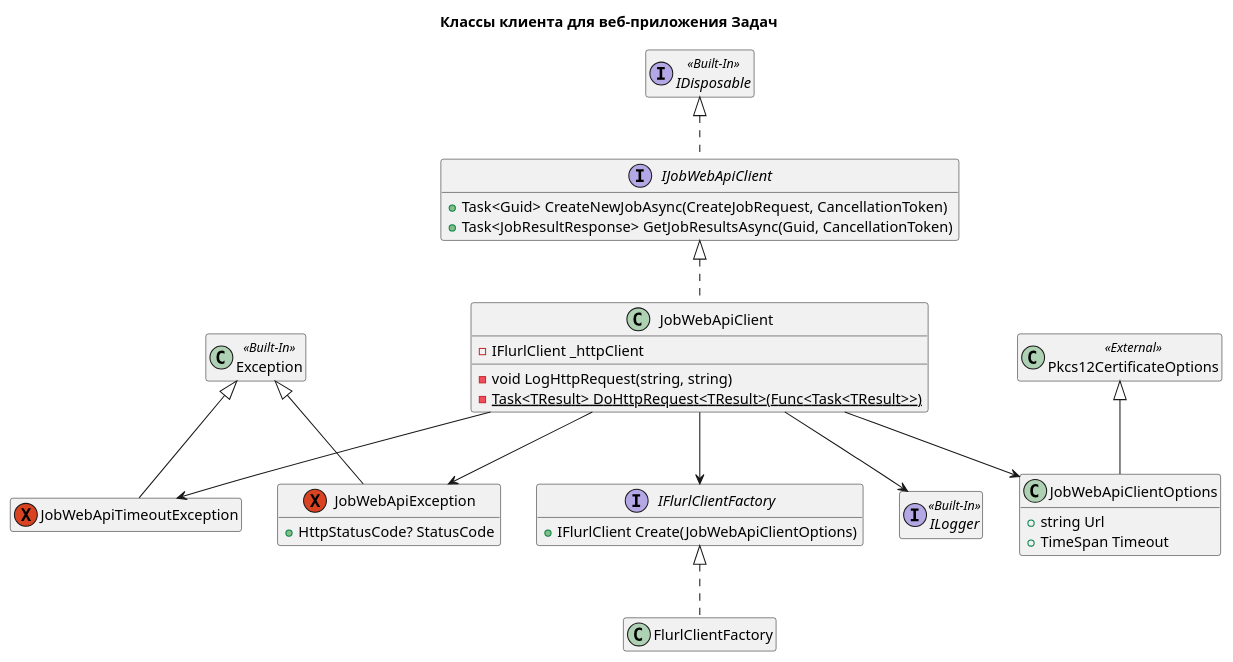
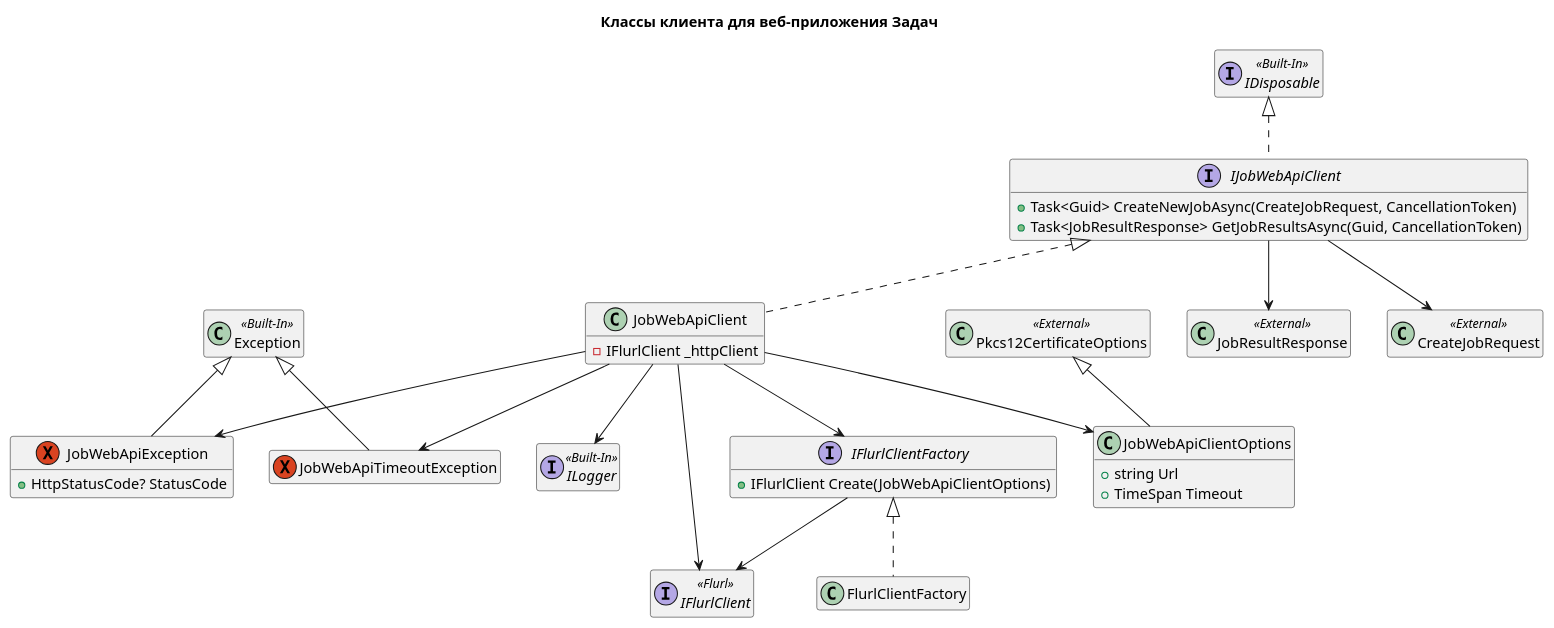
The diagram in docs/diagrams/classes/Job.WebApi.Client.puml (mrypdm/JobSystem), drawn with PlantUML before and after one commit. The commit also changed 7 other files, not shown here.

```diff
--- a/docs/diagrams/classes/Job.WebApi.Client.puml
+++ b/docs/diagrams/classes/Job.WebApi.Client.puml
@@ -1,55 +1,60 @@
 @startuml Job.WebApi.Client classes
 hide empty members
 
 title Классы клиента для веб-приложения Задач
 
 class Exception << Built-In >>
 interface IDisposable << Built-In >>
 interface ILogger << Built-In >>
+interface IFlurlClient << Flurl >>
 class Pkcs12CertificateOptions << External >>
+class JobResultResponse << External >>
+class CreateJobRequest << External >>
 
 class JobWebApiClientOptions
 {
     +string Url
     +TimeSpan Timeout
 }
 Pkcs12CertificateOptions <|-- JobWebApiClientOptions
 
 interface IFlurlClientFactory
 {
     +IFlurlClient Create(JobWebApiClientOptions)
 }
+IFlurlClientFactory --> IFlurlClient
 
 class FlurlClientFactory
 IFlurlClientFactory <|.. FlurlClientFactory
 
 exception JobWebApiException
 {
     {method}+HttpStatusCode? StatusCode
 }
 Exception <|-- JobWebApiException
 
 exception JobWebApiTimeoutException
 Exception <|-- JobWebApiTimeoutException
 
 interface IJobWebApiClient
 {
     +Task<Guid> CreateNewJobAsync(CreateJobRequest, CancellationToken)
     +Task<JobResultResponse> GetJobResultsAsync(Guid, CancellationToken)
 }
 IDisposable <|.. IJobWebApiClient
+IJobWebApiClient --> CreateJobRequest
+IJobWebApiClient --> JobResultResponse
 
 class JobWebApiClient
 {
     -IFlurlClient _httpClient
-    -void LogHttpRequest(string, string)
-    {static}-Task<TResult> DoHttpRequest<TResult>(Func<Task<TResult>>)
 }
 IJobWebApiClient <|.. JobWebApiClient
 JobWebApiClient --> IFlurlClientFactory
 JobWebApiClient --> JobWebApiClientOptions
 JobWebApiClient --> ILogger
 JobWebApiClient --> JobWebApiException
 JobWebApiClient --> JobWebApiTimeoutException
+JobWebApiClient --> IFlurlClient
 
 @enduml
```
